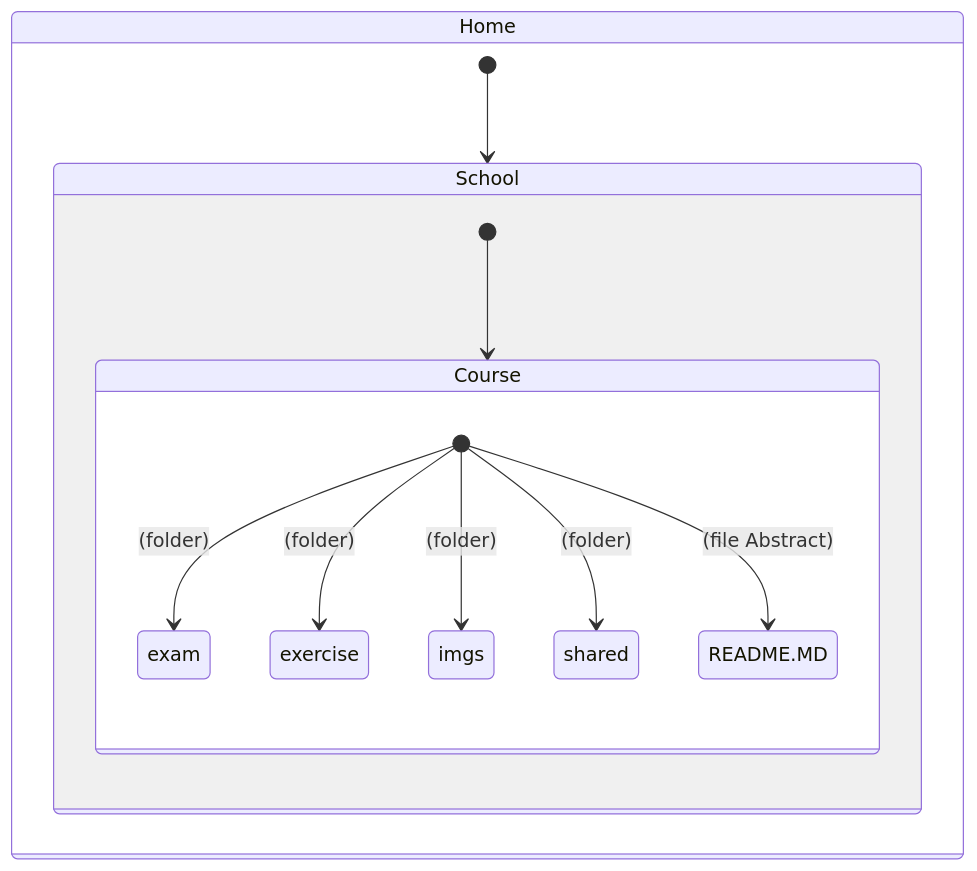
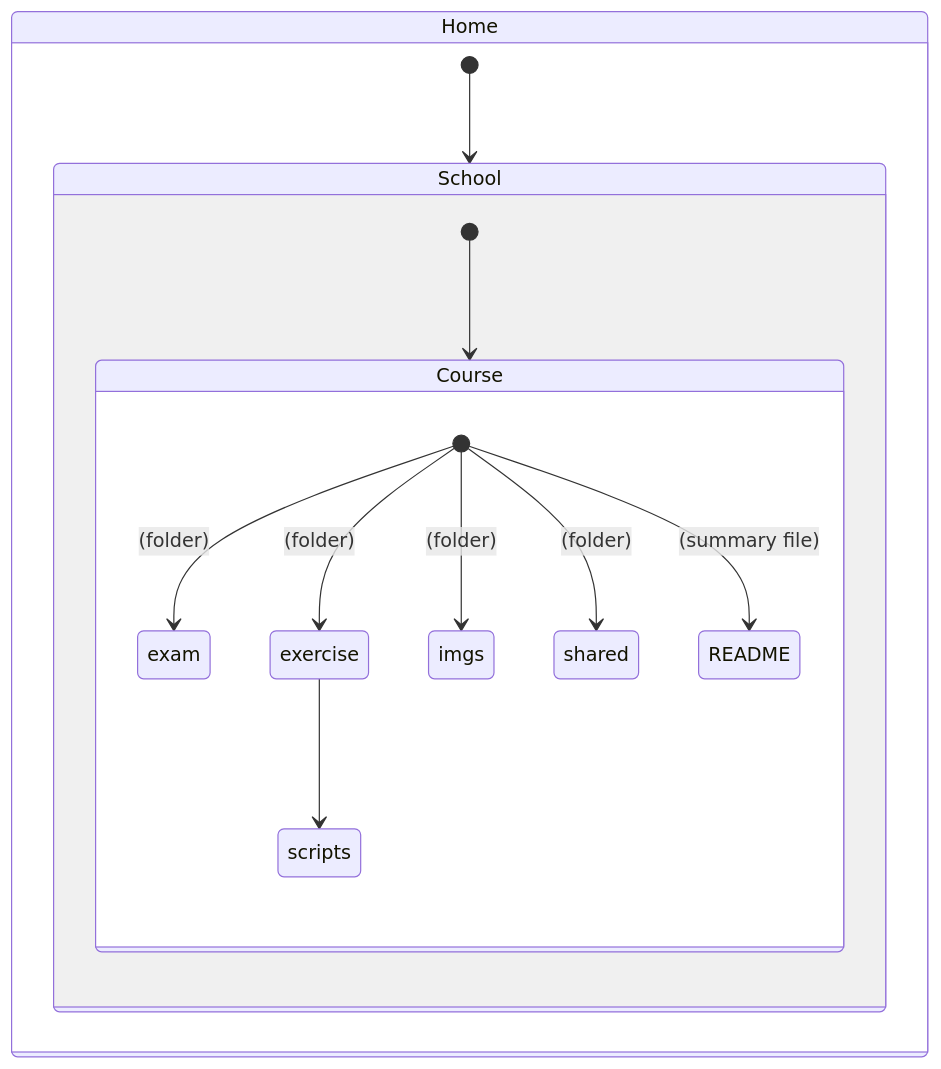
One commit to joelbarranteswins/Platzi-Courses changed the diagram in README.MD. Above: the diagram before and after it, drawn with Mermaid. The commit also changed other lines of this file, not shown here.

```diff
--- a/README.MD
+++ b/README.MD
@@ -14,16 +14,17 @@
 ~~~mermaid
 stateDiagram-v2
     state Home {
         [*] --> School
         state School {
             [*] --> Course 
             state Course {
                 [*] --> exam : (folder)
                 [*] --> exercise: (folder)
+                exercise --> scripts
                 [*] --> imgs: (folder)
                 [*] --> shared: (folder)
-                [*] --> README.MD:(file Abstract)
+                [*] --> README:(summary file)
             }
         }
     }
 ~~~
```
